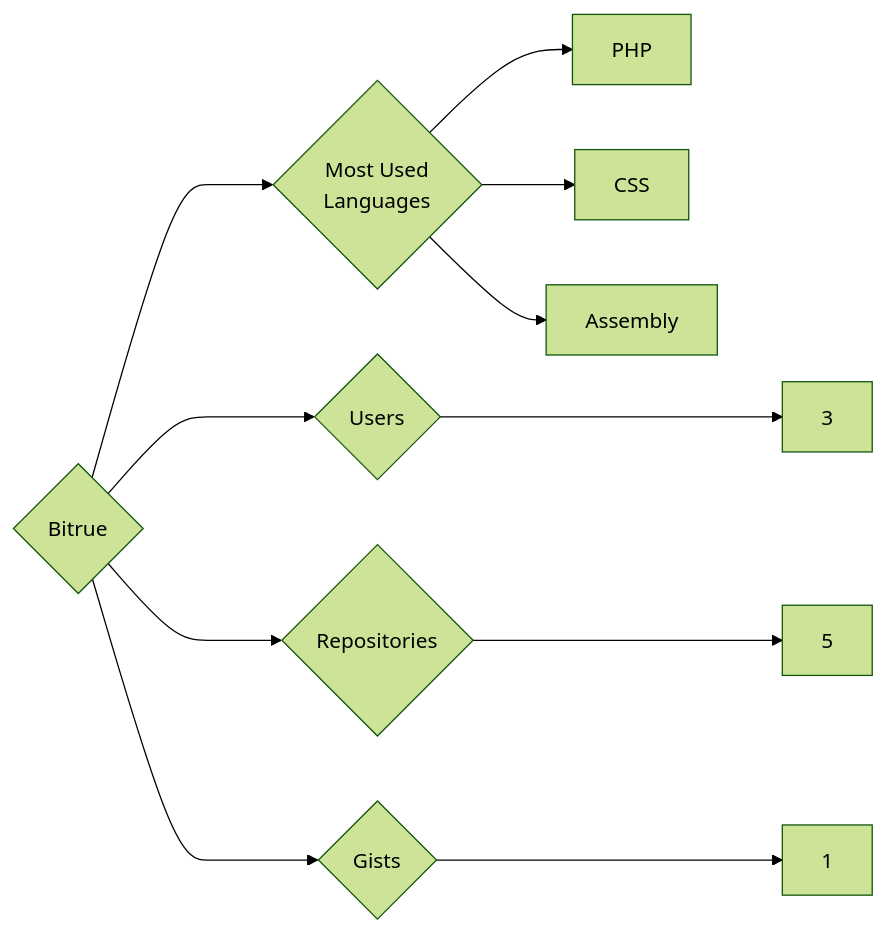
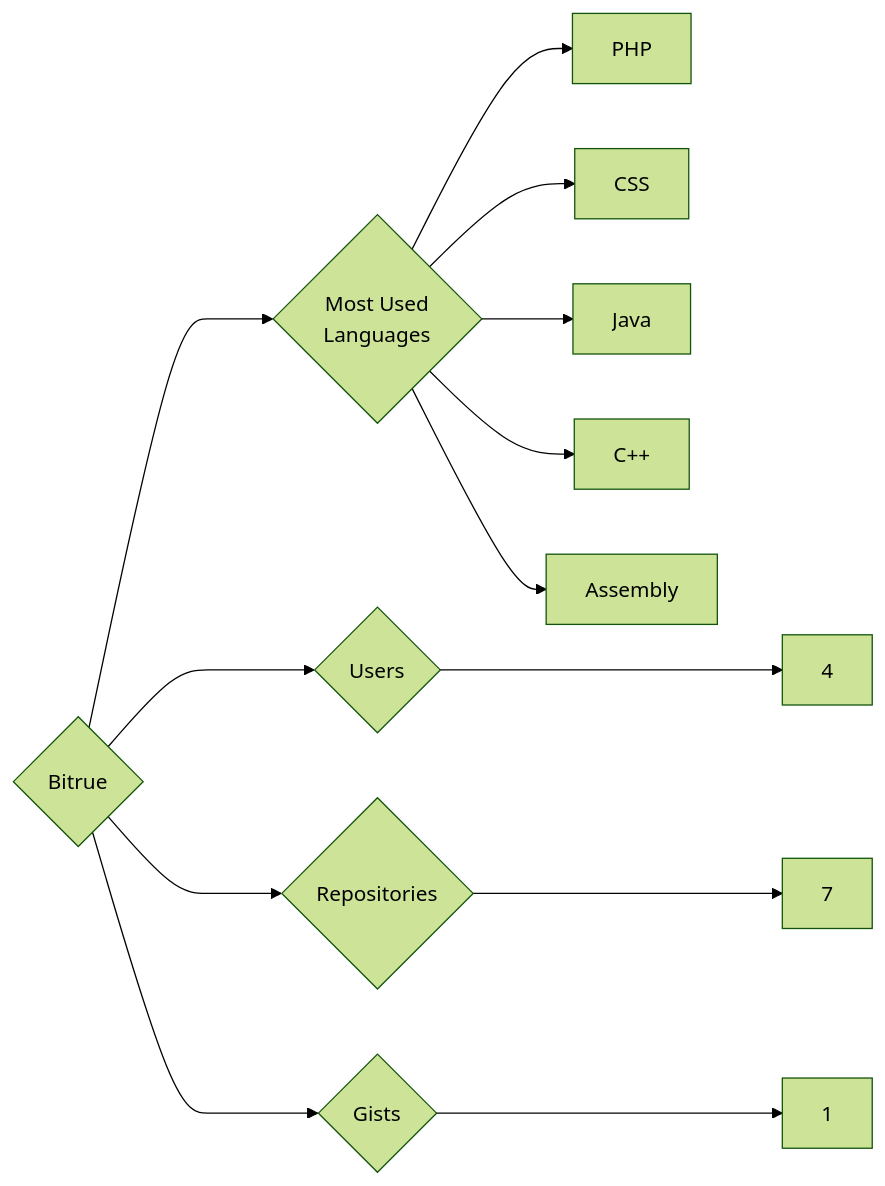
Before and after one commit to trickest/insiders: the diagram in targets/Bitrue/README.md, drawn with Mermaid (forest theme). The commit also changed 839 other files, not shown here.

````diff
--- a/targets/Bitrue/README.md
+++ b/targets/Bitrue/README.md
@@ -3,11 +3,13 @@
 ```mermaid
 graph LR
 COMPANY_NAME{Bitrue}
-COMPANY_NAME ---> U{Users} ---> UN[3]
-COMPANY_NAME ---> R{Repositories} ---> RN[5]
+COMPANY_NAME ---> U{Users} ---> UN[4]
+COMPANY_NAME ---> R{Repositories} ---> RN[7]
 COMPANY_NAME ---> G{Gists} ---> GN[1]
 COMPANY_NAME ---> ML{Most Used<br>Languages}
 ML --> PHP[PHP]
 ML --> CSS[CSS]
+ML --> Java[Java]
+ML --> C++[C++]
 ML --> Assembly[Assembly]
 ```
````
